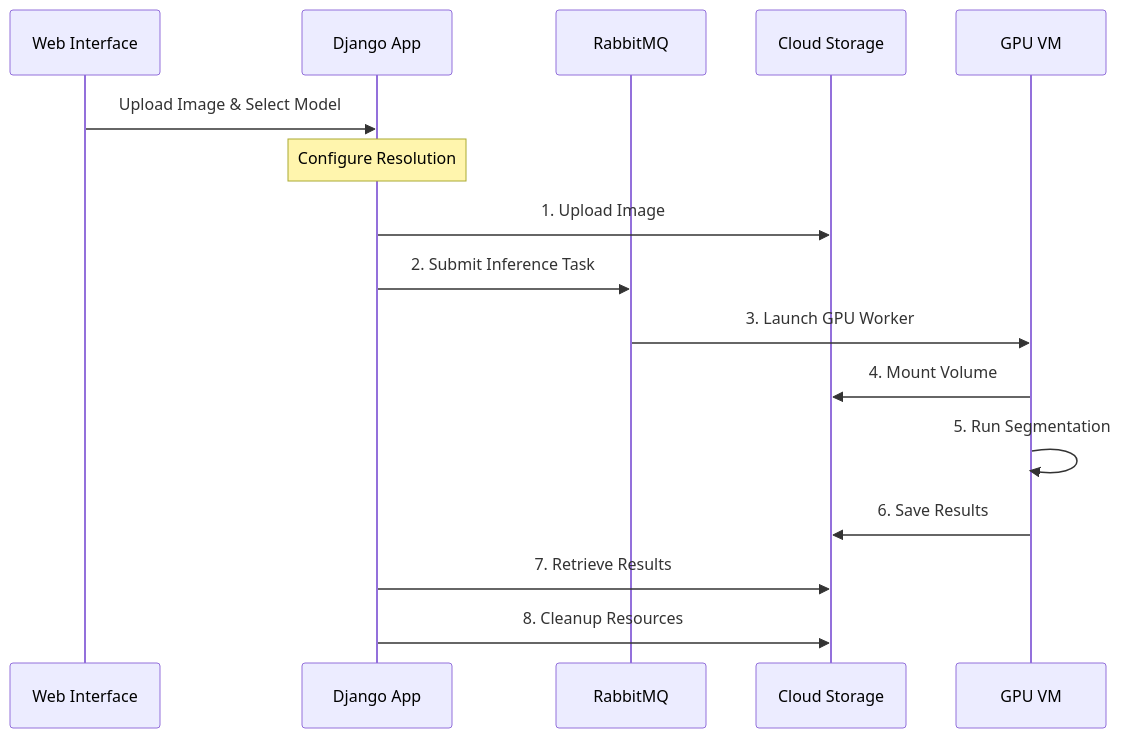
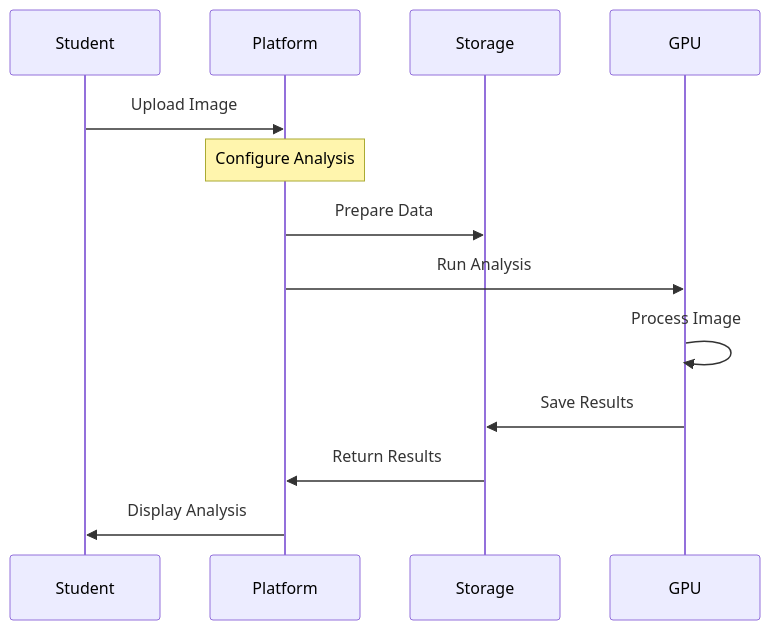
The fourth of 6 diagrams in test2.md (frontierbio-tech/frontierbio-tech.github.io), drawn with Mermaid before and after one commit. The commit also changed other lines of this file, not shown here.

````diff
--- a/test2.md
+++ b/test2.md
@@ -96,22 +132,19 @@
 ```mermaid
 sequenceDiagram
-    participant User as Web Interface
-    participant App as Django App
-    participant Queue as RabbitMQ
-    participant Storage as Cloud Storage
-    participant GPU as GPU VM
+    participant Student
+    participant Platform
+    participant Storage
+    participant GPU
 
-    User->>App: Upload Image & Select Model
-    Note over App: Configure Resolution
+    Student->>Platform: Upload Image
+    Note over Platform: Configure Analysis
     
-    App->>Storage: 1. Upload Image
-    App->>Queue: 2. Submit Inference Task
-    Queue->>GPU: 3. Launch GPU Worker
+    Platform->>Storage: Prepare Data
+    Platform->>GPU: Run Analysis
     
-    GPU->>Storage: 4. Mount Volume
-    GPU->>GPU: 5. Run Segmentation
-    GPU->>Storage: 6. Save Results
+    GPU->>GPU: Process Image
+    GPU->>Storage: Save Results
     
-    App->>Storage: 7. Retrieve Results
-    App->>Storage: 8. Cleanup Resources
+    Storage->>Platform: Return Results
+    Platform->>Student: Display Analysis
 ```
````
